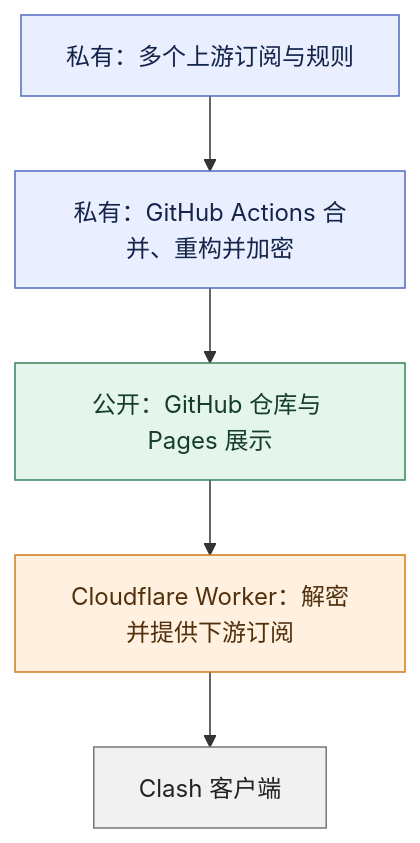
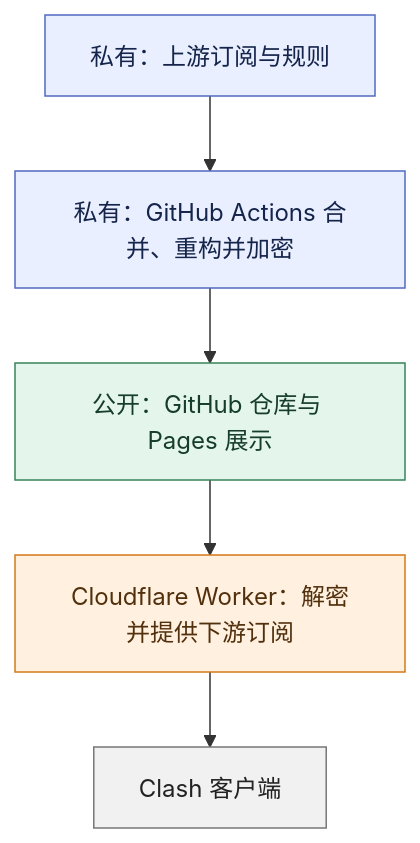
The diagram in README.md (hyjack-00/clash_subscription_public), drawn with Mermaid before and after one commit. The commit also changed other lines of this file and 1 other file, not shown here.

````diff
--- a/README.md
+++ b/README.md
@@ -5,15 +7,15 @@
 ```mermaid
 flowchart TB
-  A[私有：多个上游订阅与规则] --> B[私有：GitHub Actions 合并、重构并加密]
+  A[私有：上游订阅与规则] --> B[私有：GitHub Actions 合并、重构并加密]
   B --> C[公开：GitHub 仓库与 Pages 展示]
   C --> D[Cloudflare Worker：解密并提供下游订阅]
   D --> E[Clash 客户端]
   classDef private fill:#e9efff,stroke:#526ac2,color:#14244a;
   classDef public fill:#e4f6eb,stroke:#39835b,color:#163d29;
   classDef cloud fill:#fff0df,stroke:#d47a18,color:#52300d;
   classDef client fill:#f1f1f1,stroke:#777,color:#222;
   class A,B private;
   class C public;
   class D cloud;
   class E client;
 ```
````
